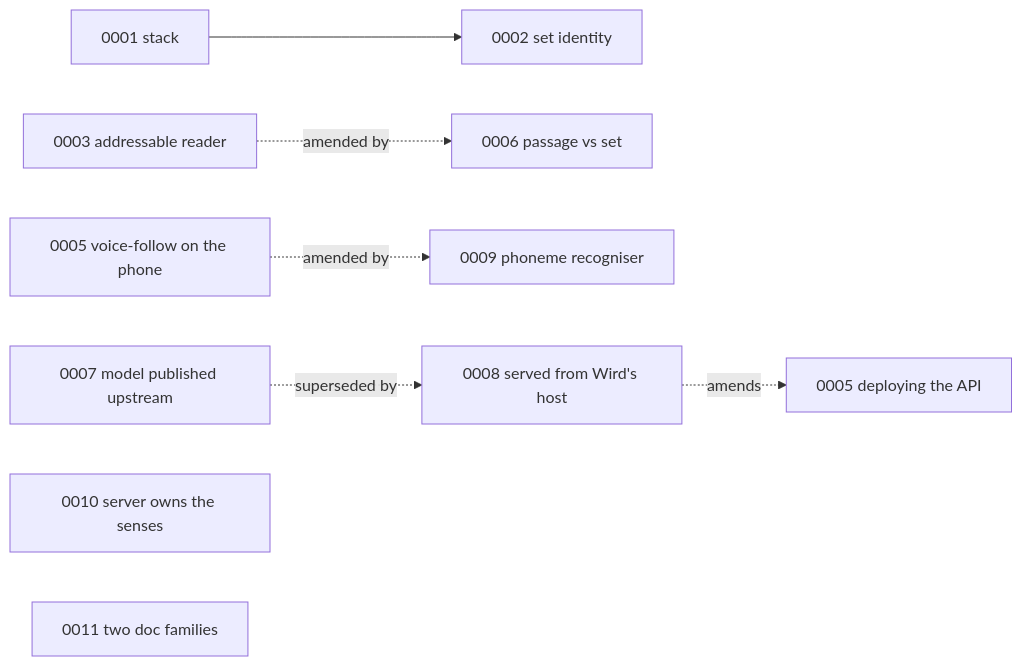
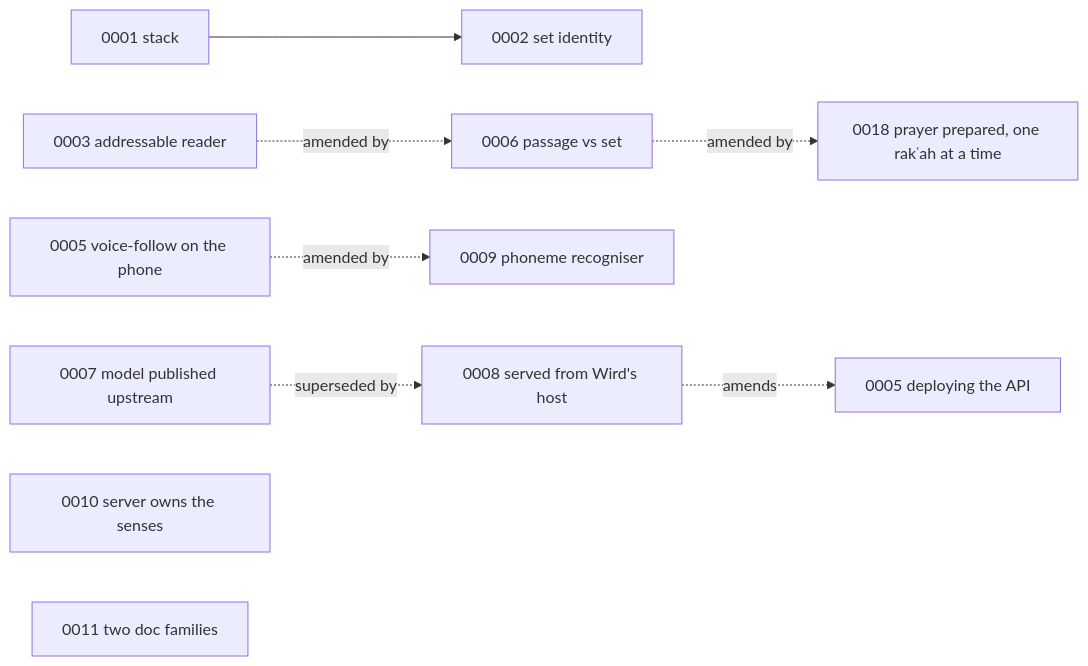
The diagram in docs/adr/README.md (MohammadBnei/wird), drawn with Mermaid before and after one commit. The commit also changed other lines of this file and 15 other files, not shown here.

First line of the commit message:
Record the prepared prayer: ADR 0018, and the docs that described the old one

````diff
--- a/docs/adr/README.md
+++ b/docs/adr/README.md
@@ -7,10 +7,11 @@
 ```mermaid
 flowchart LR
   A1[0001 stack] --> A2[0002 set identity]
   A3[0003 addressable reader] -. amended by .-> A6[0006 passage vs set]
+  A6 -. amended by .-> A18[0018 prayer prepared, one rakʿah at a time]
   A5v[0005 voice-follow on the phone] -. amended by .-> A9[0009 phoneme recogniser]
   A7[0007 model published upstream] -. superseded by .-> A8[0008 served from Wird's host]
   A8 -. amends .-> A5d[0005 deploying the API]
   A10[0010 server owns the senses]
   A11[0011 two doc families]
 ```
````
